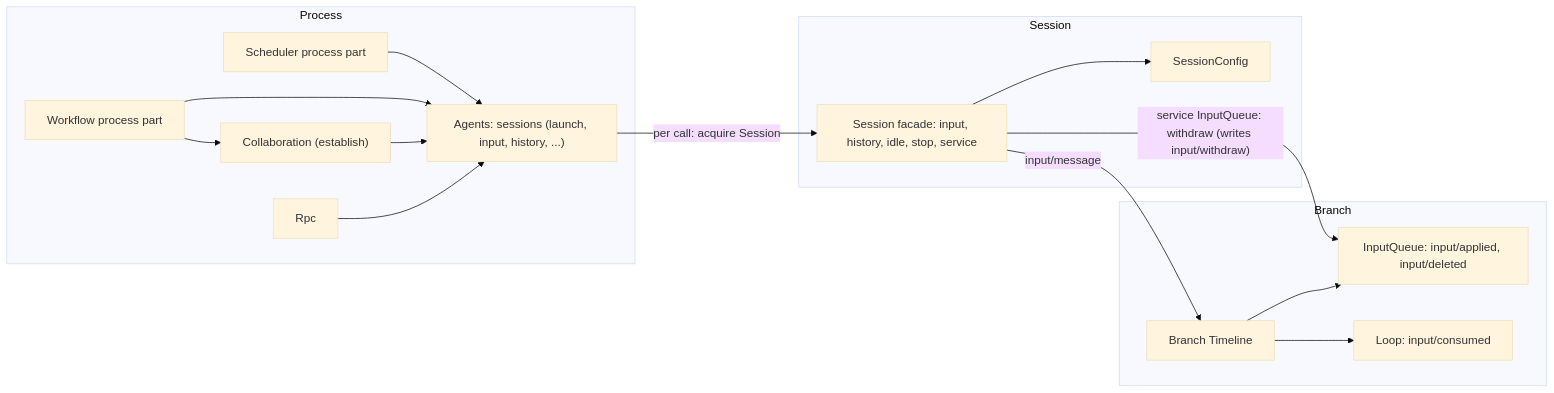
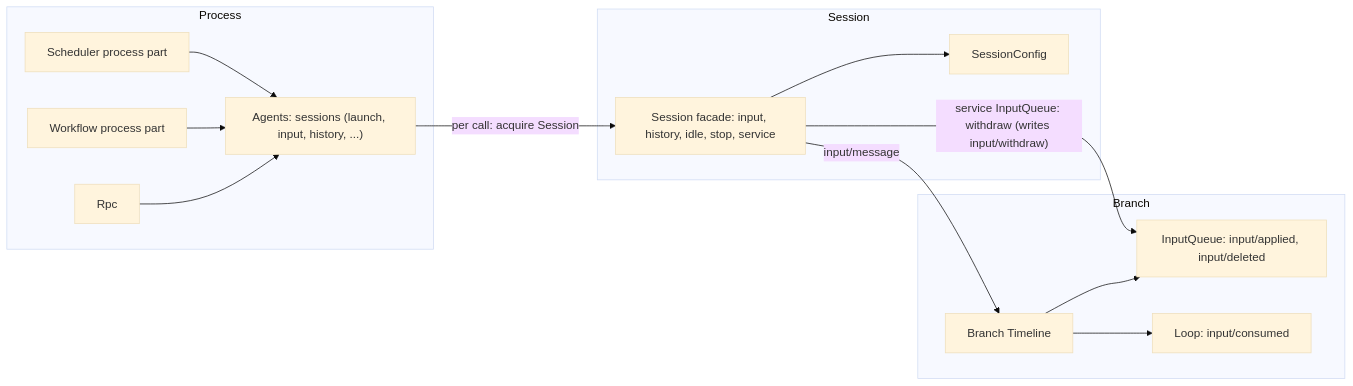
The first of 3 diagrams in docs/design/contracts/session-access.md (CoutinhoTTS/dim-agent), drawn with Mermaid (base theme) before and after one commit. The commit also changed other lines of this file and 40 other files, not shown here.

````diff
--- a/docs/design/contracts/session-access.md
+++ b/docs/design/contracts/session-access.md
@@ -20,30 +20,27 @@
 ```mermaid
 flowchart LR
   subgraph PROC["Process"]
     Agents["Agents: sessions (launch, input, history, ...)"]
-    Coll["Collaboration (establish)"]
     Sched["Scheduler process part"]
     Wf["Workflow process part"]
     Rpc["Rpc"]
   end
   subgraph SESS["Session"]
     SC["SessionConfig"]
     Fac["Session facade: input, history, idle, stop, service"]
   end
   subgraph BR["Branch"]
     IQ["InputQueue: input/applied, input/deleted"]
     LP["Loop: input/consumed"]
     TL["Branch Timeline"]
   end
   Sched --> Agents
   Wf --> Agents
-  Wf --> Coll
-  Coll --> Agents
   Rpc --> Agents
   Agents -->|"per call: acquire Session"| Fac
   Fac --> SC
   Fac -->|"input/message"| TL
   Fac -->|"service InputQueue: withdraw (writes input/withdraw)"| IQ
   TL --> IQ
   TL --> LP
 ```
````
